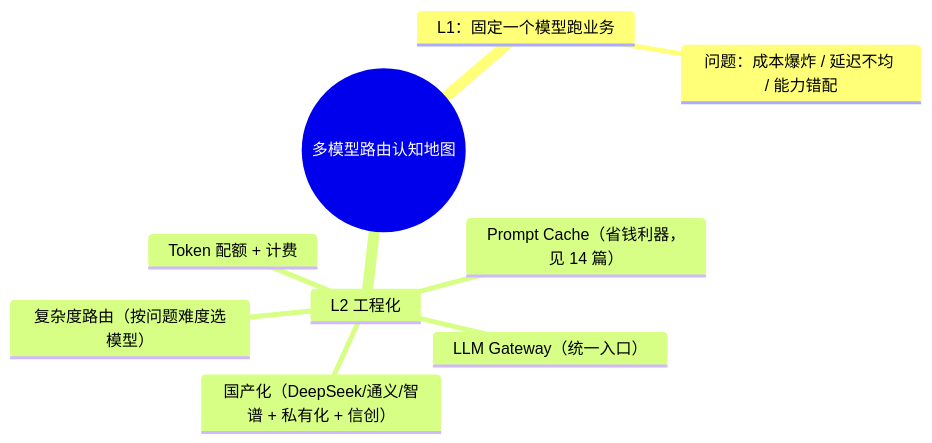
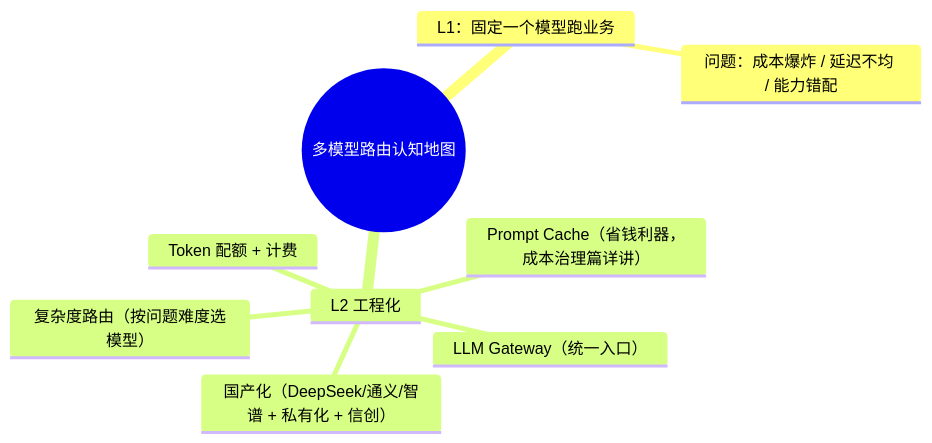
Before and after one commit to UranusGit/java-agent-learn: the first of 6 diagrams in docs/tutorials/spring-ai-2.0/16-多模型路由与国产化.md, drawn with Mermaid. The commit also changed other lines of this file and 184 other files, not shown here.

````diff
--- a/docs/tutorials/spring-ai-2.0/16-多模型路由与国产化.md
+++ b/docs/tutorials/spring-ai-2.0/16-多模型路由与国产化.md
@@ -14,12 +14,12 @@
 ```mermaid
 mindmap
   root((多模型路由认知地图))
     L1：固定一个模型跑业务
       问题：成本爆炸 / 延迟不均 / 能力错配
     L2 工程化
       复杂度路由（按问题难度选模型）
       LLM Gateway（统一入口）
       Token 配额 + 计费
-      Prompt Cache（省钱利器，见 14 篇）
+      Prompt Cache（省钱利器，成本治理篇详讲）
       国产化（DeepSeek/通义/智谱 + 私有化 + 信创）
 ```
````
